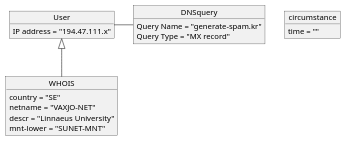
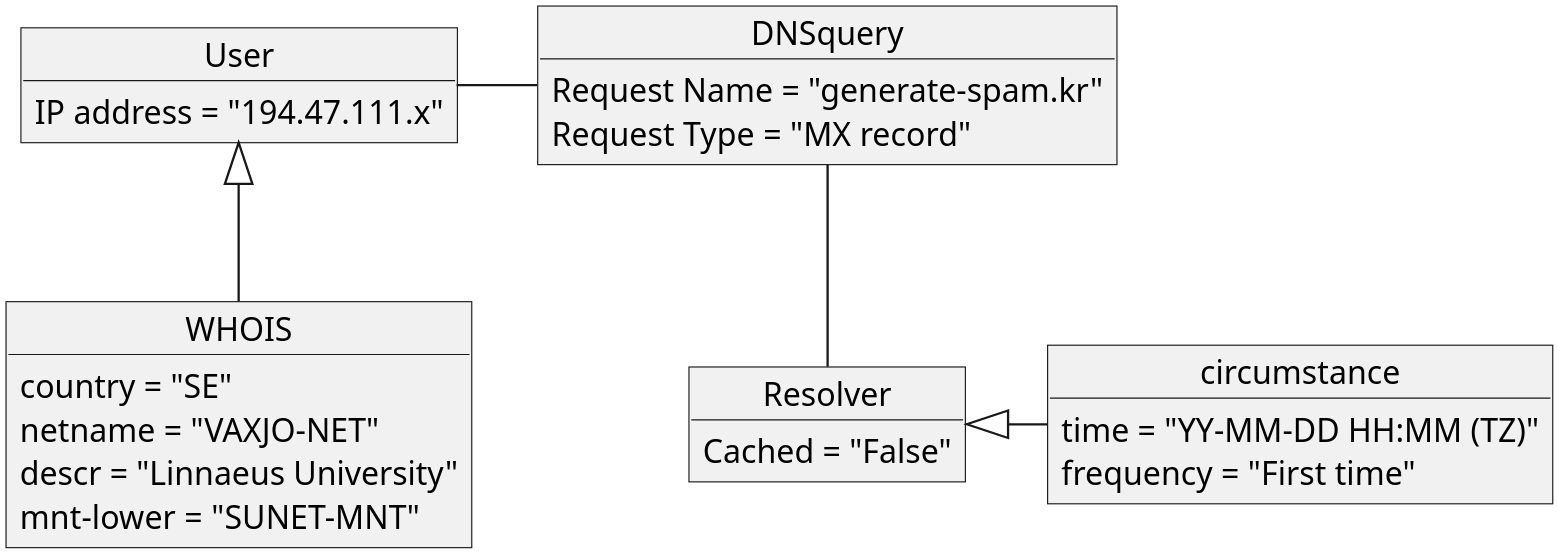
Before and after one commit to songhokun/2DV50E-2019VT: the diagram in MainReport/img/privacyobject.plantuml, drawn with PlantUML. The commit also changed 2 other files, not shown here.

Commit message:
Constructed the DNS Privacy object-diagram.

```diff
--- a/MainReport/img/privacyobject.plantuml
+++ b/MainReport/img/privacyobject.plantuml
@@ -1,27 +1,33 @@
 @startuml
-
+skinparam dpi 400
 object User {
     IP address = "194.47.111.x"
 }
 
+object Resolver {
+    Cached = "False"
+}
 object WHOIS {
     country = "SE"
     netname = "VAXJO-NET"
     descr = "Linnaeus University"
     mnt-lower = "SUNET-MNT"
 }
 
 object DNSquery {
-    Query Name = "generate-spam.kr"
-    Query Type = "MX record"
+    Request Name = "generate-spam.kr"
+    Request Type = "MX record"
 }
 
 object circumstance {
-    time = ""
+    time = "YY-MM-DD HH:MM (TZ)"
+    frequency = "First time"
+
 }
 
 User <|-- WHOIS
 DNSquery -left- User
-
+DNSquery -down- Resolver
+Resolver <|-right- circumstance
 
 @enduml
```
